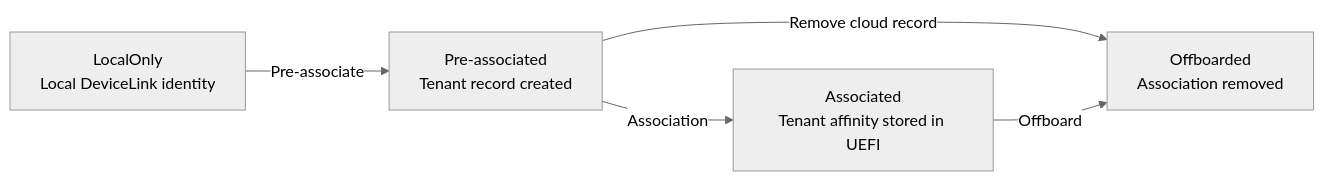
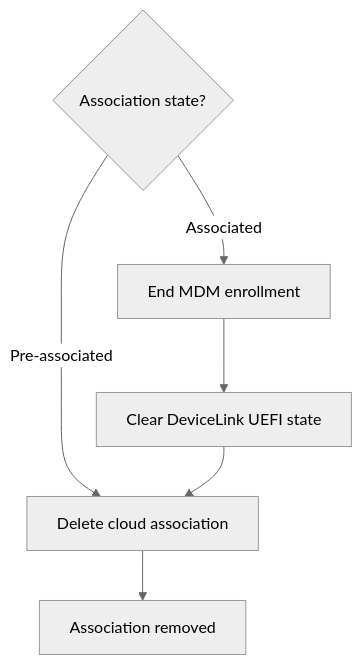
The second of 3 diagrams in README.md (roryvossepoel/WindowsDeviceLink), drawn with Mermaid (neutral theme) before and after one commit. The commit also changed other lines of this file, not shown here.

First line of the commit message:
docs: clarify onboarding, WinPE support and lifecycle flows (#56)

````diff
--- a/README.md
+++ b/README.md
@@ -175,12 +153,9 @@
 ```mermaid
-flowchart LR
-    A["LocalOnly<br/>Local DeviceLink identity"]
-    B["Pre-associated<br/>Tenant record created"]
-    C["Associated<br/>Tenant affinity stored in UEFI"]
-    D["Offboarded<br/>Association removed"]
-
-    A -->|"Pre-associate"| B
-    B -->|"Association"| C
-    B -->|"Remove cloud record"| D
-    C -->|"Offboard"| D
+flowchart TD
+    A{"Association state?"}
+    A -->|"Pre-associated"| B["Delete cloud association"]
+    A -->|"Associated"| C["End MDM enrollment"]
+    C --> D["Clear DeviceLink UEFI state"]
+    D --> B
+    B --> E["Association removed"]
 ```
````
